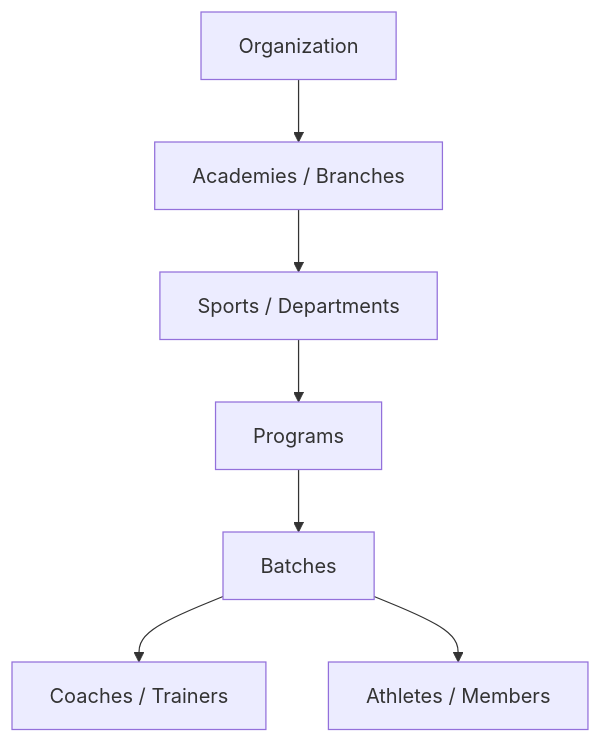
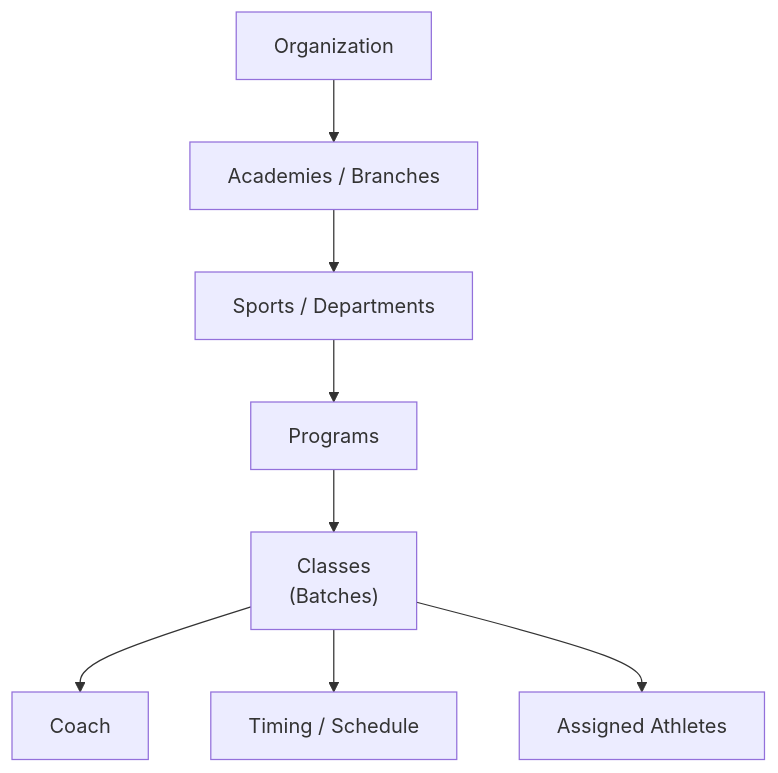
The first of 2 diagrams in docs/02-architecture.md (gurjeetsingh4326/Elite_sports_and_fitness), drawn with Mermaid before and after one commit. The commit also changed other lines of this file and 4 other files, not shown here.

````diff
--- a/docs/02-architecture.md
+++ b/docs/02-architecture.md
@@ -5,9 +14,10 @@
 ```mermaid
 flowchart TD
     Org[Organization] --> Academy[Academies / Branches]
     Academy --> Dept[Sports / Departments]
     Dept --> Program[Programs]
-    Program --> Batch[Batches]
-    Batch --> Coach[Coaches / Trainers]
-    Batch --> Athlete[Athletes / Members]
+    Program --> Class["Classes\n(Batches)"]
+    Class --> Coach[Coach]
+    Class --> Timing[Timing / Schedule]
+    Class --> Athlete[Assigned Athletes]
 ```
````
